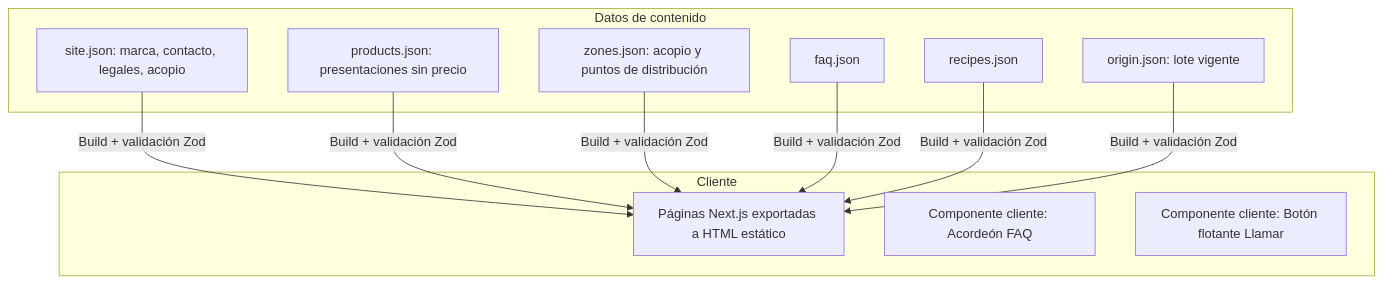
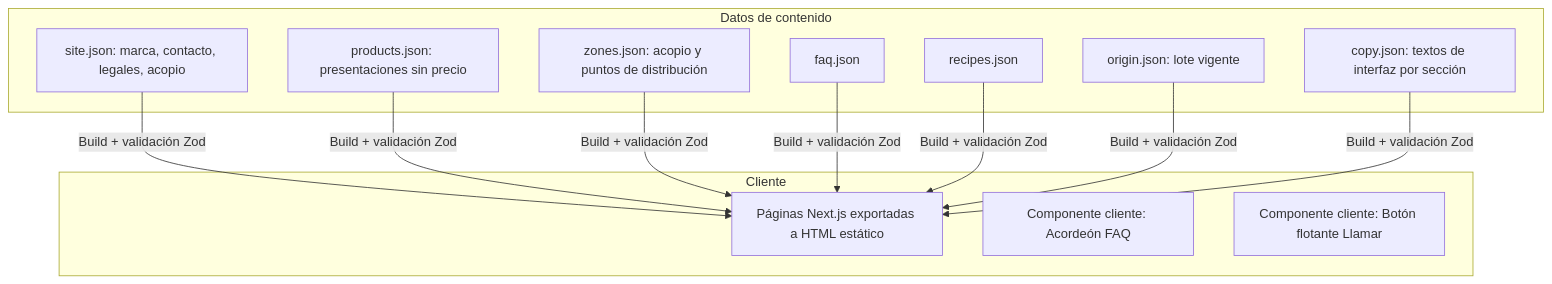
The second of 3 diagrams in spec/03-plan.md (MasterArqSoft/green-banana-web), drawn with Mermaid before and after one commit. The commit also changed other lines of this file and 13 other files, not shown here.

Commit message:
Textos de interfaz en copy.json (principio P9)

````diff
--- a/spec/03-plan.md
+++ b/spec/03-plan.md
@@ -71,17 +71,18 @@
 ```mermaid
 flowchart TB
     subgraph Cliente
       P[Páginas Next.js exportadas a HTML estático]
       I1[Componente cliente: Acordeón FAQ]
       I2[Componente cliente: Botón flotante Llamar]
     end
     subgraph Datos de contenido
       D1[site.json: marca, contacto, legales, acopio]
       D2[products.json: presentaciones sin precio]
       D3[zones.json: acopio y puntos de distribución]
       D4[faq.json]
       D5[recipes.json]
       D6[origin.json: lote vigente]
+      D7[copy.json: textos de interfaz por sección]
     end
-    D1 & D2 & D3 & D4 & D5 & D6 -->|Build + validación Zod| P
+    D1 & D2 & D3 & D4 & D5 & D6 & D7 -->|Build + validación Zod| P
 ```
````
